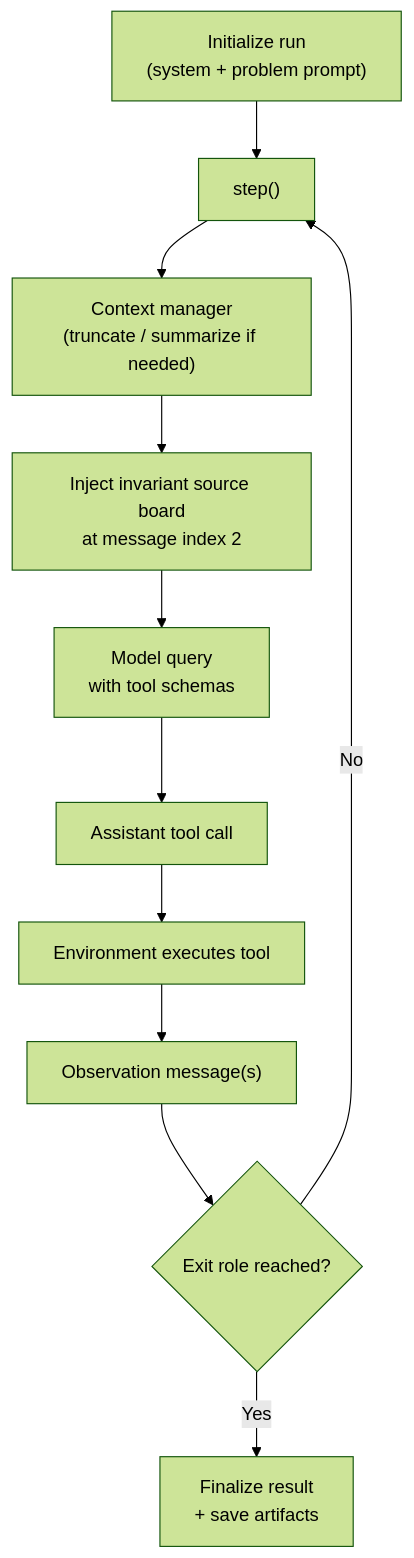
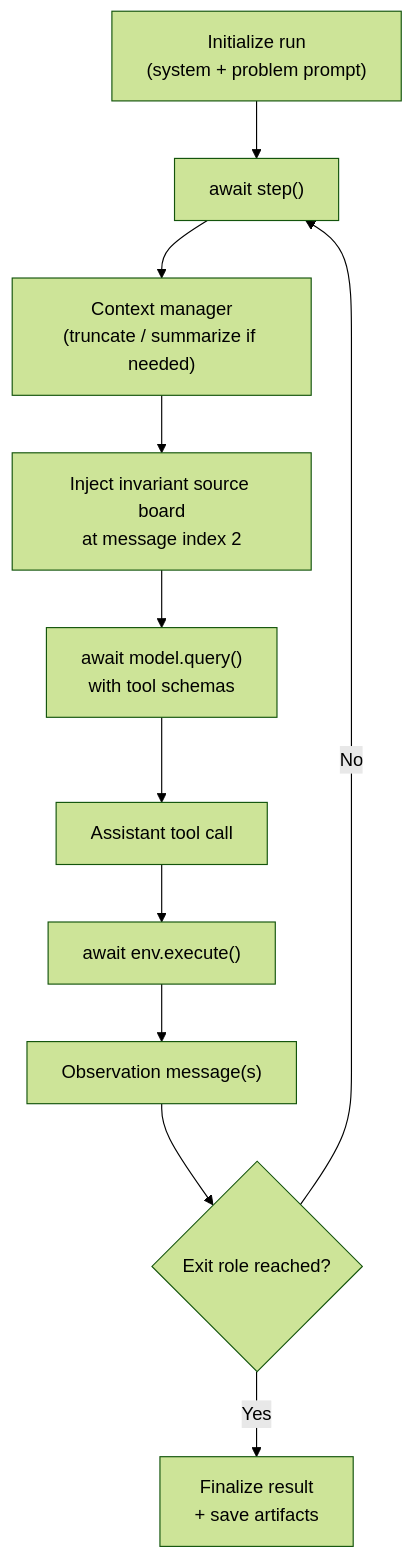
The diagram in docs/architecture.md (ai-prophet/mini-prophet), drawn with Mermaid (forest theme) before and after one commit. The commit also changed other lines of this file and 43 other files, not shown here.

First line of the commit message:
v0.1.10: Async-first architecture (#17)

````diff
--- a/docs/architecture.md
+++ b/docs/architecture.md
@@ -17,13 +17,13 @@
 ```mermaid
 flowchart TD
-    A["Initialize run<br/>(system + problem prompt)"] --> B["step()"]
+    A["Initialize run<br/>(system + problem prompt)"] --> B["await step()"]
     B --> C["Context manager<br/>(truncate / summarize if needed)"]
     C --> D["Inject invariant source board<br/>at message index 2"]
-    D --> E["Model query<br/>with tool schemas"]
+    D --> E["await model.query()<br/>with tool schemas"]
     E --> F["Assistant tool call"]
-    F --> G["Environment executes tool"]
+    F --> G["await env.execute()"]
     G --> H["Observation message(s)"]
     H --> I{"Exit role reached?"}
     I -- "No" --> B
     I -- "Yes" --> J["Finalize result<br/>+ save artifacts"]
 ```
````
